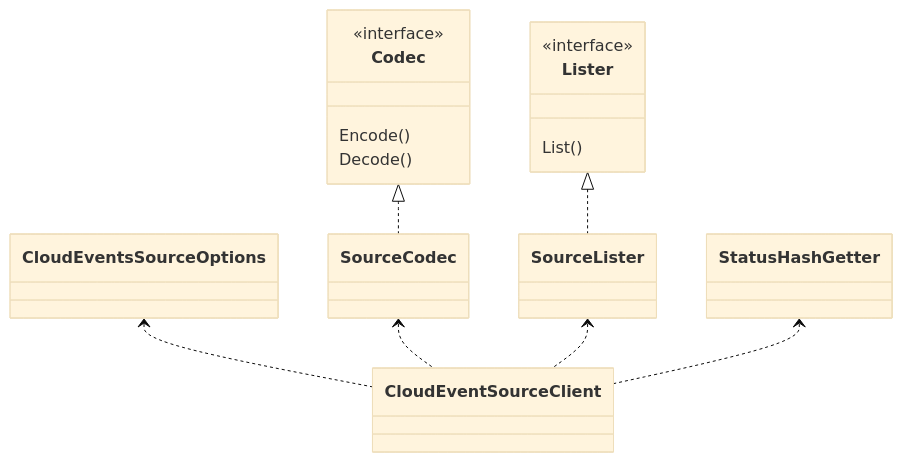
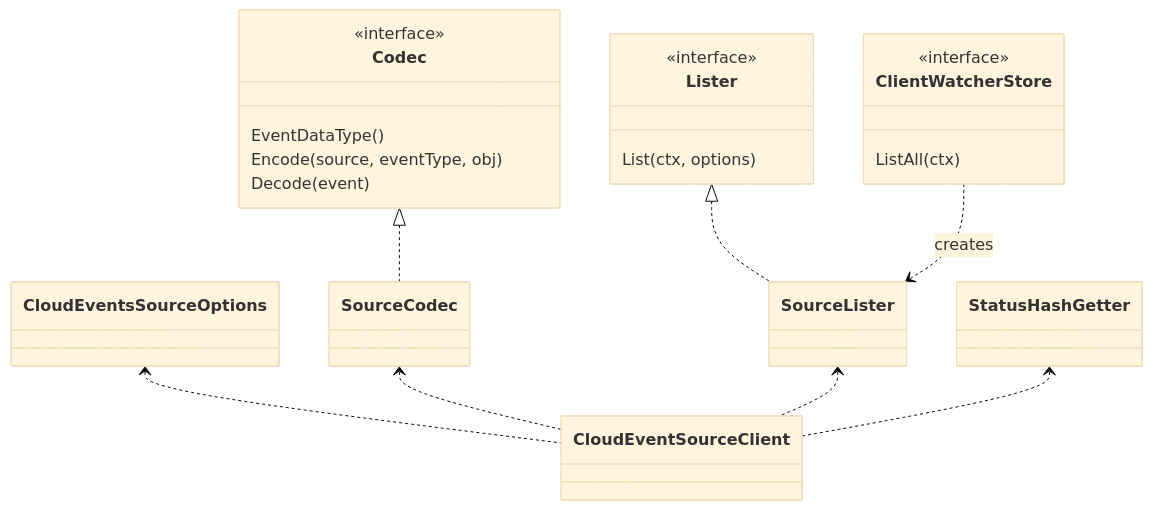
The third of 10 diagrams in pkg/cloudevents/doc/design.md (open-cluster-management-io/sdk-go), drawn with Mermaid (base theme) before and after one commit. The commit also changed other lines of this file and 2 other files, not shown here.

````diff
--- a/pkg/cloudevents/doc/design.md
+++ b/pkg/cloudevents/doc/design.md
@@ -84,21 +103,28 @@
 ```mermaid
 classDiagram
 class Codec {
     <<interface>>
-    Encode()
-    Decode()
+    EventDataType()
+    Encode(source, eventType, obj)
+    Decode(event)
 }
 
 class Lister {
     <<interface>>
-    List()
+    List(ctx, options)
+}
+
+class ClientWatcherStore {
+    <<interface>>
+    ListAll(ctx)
 }
 
 CloudEventsSourceOptions<..CloudEventSourceClient
 SourceCodec<..CloudEventSourceClient
 SourceLister<..CloudEventSourceClient
 StatusHashGetter<..CloudEventSourceClient
 
 Codec <|.. SourceCodec
 Lister <|.. SourceLister
+ClientWatcherStore ..> SourceLister : creates
 ```
````
